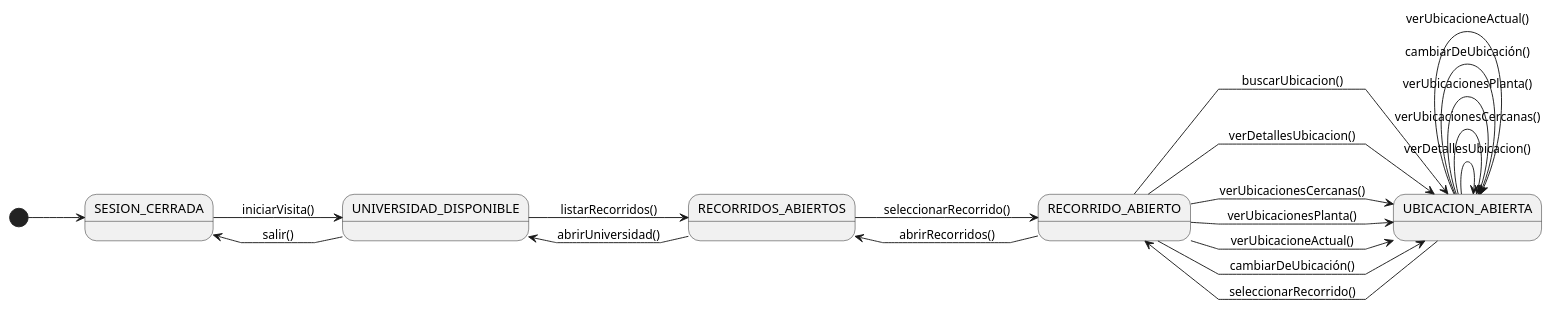
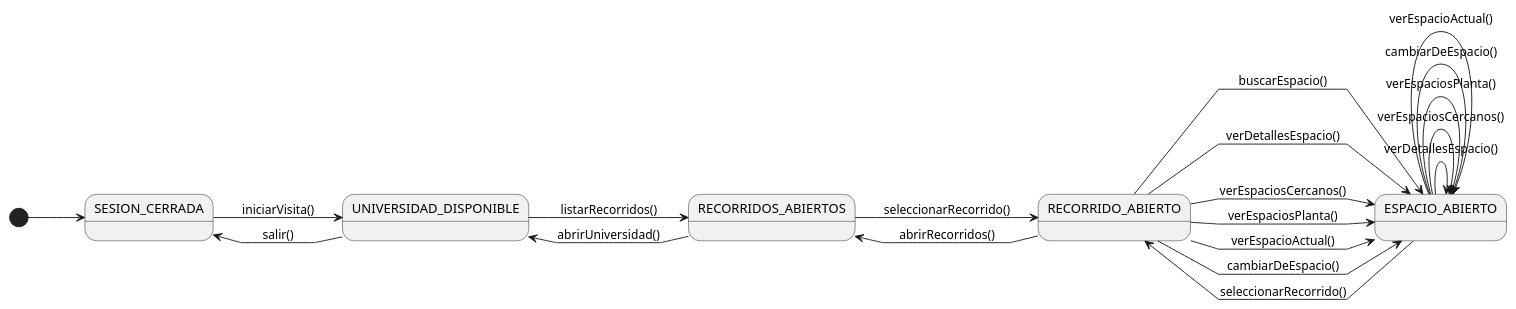
Before and after one commit to Camila-Lesly/25-26-idsw1-sdr: the diagram in documentos/01-casoDeUso/2-DiagramaDeContexto/diagramaDeContextoVisitante.puml, drawn with PlantUML. The commit also changed 3 other files, not shown here.

Commit message:
docs: cambio de nombre ubicación a espacio

```diff
--- a/documentos/01-casoDeUso/2-DiagramaDeContexto/diagramaDeContextoVisitante.puml
+++ b/documentos/01-casoDeUso/2-DiagramaDeContexto/diagramaDeContextoVisitante.puml
@@ -1,42 +1,42 @@
 @startuml diagrama-contexto-visitante
 left to right direction
 skinparam linetype polyline
 
 state "SESION_CERRADA" as NoAuth
 state "UNIVERSIDAD_DISPONIBLE" as Universidad
 state "RECORRIDOS_ABIERTOS" as ListRecorridos
 state "RECORRIDO_ABIERTO" as Recorrido
-state "UBICACION_ABIERTA" as Ubicacion
+state "ESPACIO_ABIERTO" as Espacio
 
 
 [*] --> NoAuth
 
 ' --- Inicio y salida ---
 NoAuth --> Universidad : iniciarVisita()
 Universidad --> NoAuth : salir()
 
 ' --- Recorridos disponibles ---
 Universidad --> ListRecorridos : listarRecorridos()
 ListRecorridos --> Universidad : abrirUniversidad()
 
 ' --- Seleccionar recorrido ---
 ListRecorridos --> Recorrido : seleccionarRecorrido()
 Recorrido --> ListRecorridos : abrirRecorridos()
 
-' --- Acciones sobre ubicación ---
-Recorrido --> Ubicacion : buscarUbicacion()
-Recorrido --> Ubicacion : verDetallesUbicacion()
-Recorrido --> Ubicacion : verUbicacionesCercanas()
-Recorrido --> Ubicacion : verUbicacionesPlanta()
-Recorrido --> Ubicacion : verUbicacioneActual()
-Recorrido --> Ubicacion : cambiarDeUbicación()
+' --- Acciones sobre espacio ---
+Recorrido --> Espacio : buscarEspacio()
+Recorrido --> Espacio : verDetallesEspacio()
+Recorrido --> Espacio : verEspaciosCercanos()
+Recorrido --> Espacio : verEspaciosPlanta()
+Recorrido --> Espacio : verEspacioActual()
+Recorrido --> Espacio : cambiarDeEspacio()
 
 
-Ubicacion --> Ubicacion : verDetallesUbicacion()
-Ubicacion --> Ubicacion : verUbicacionesCercanas()
-Ubicacion --> Ubicacion : verUbicacionesPlanta()
-Ubicacion --> Ubicacion : cambiarDeUbicación()
-Ubicacion --> Ubicacion : verUbicacioneActual()
-Ubicacion --> Recorrido :seleccionarRecorrido()
+Espacio --> Espacio : verDetallesEspacio()
+Espacio --> Espacio : verEspaciosCercanos()
+Espacio --> Espacio : verEspaciosPlanta()
+Espacio --> Espacio : cambiarDeEspacio()
+Espacio --> Espacio : verEspacioActual()
+Espacio --> Recorrido :seleccionarRecorrido()
 
 @enduml
```
